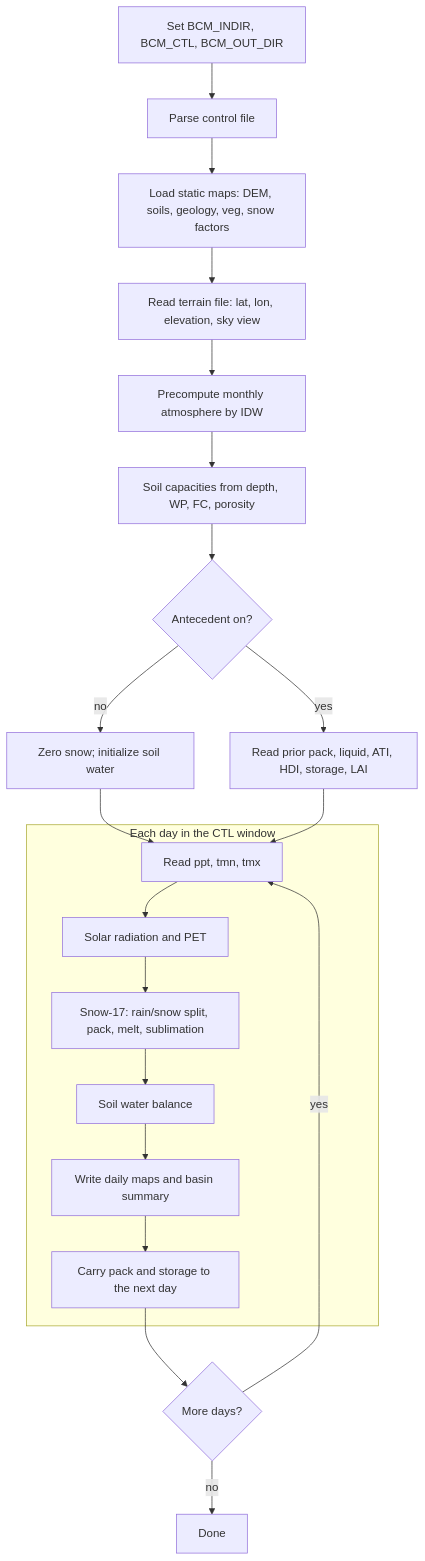
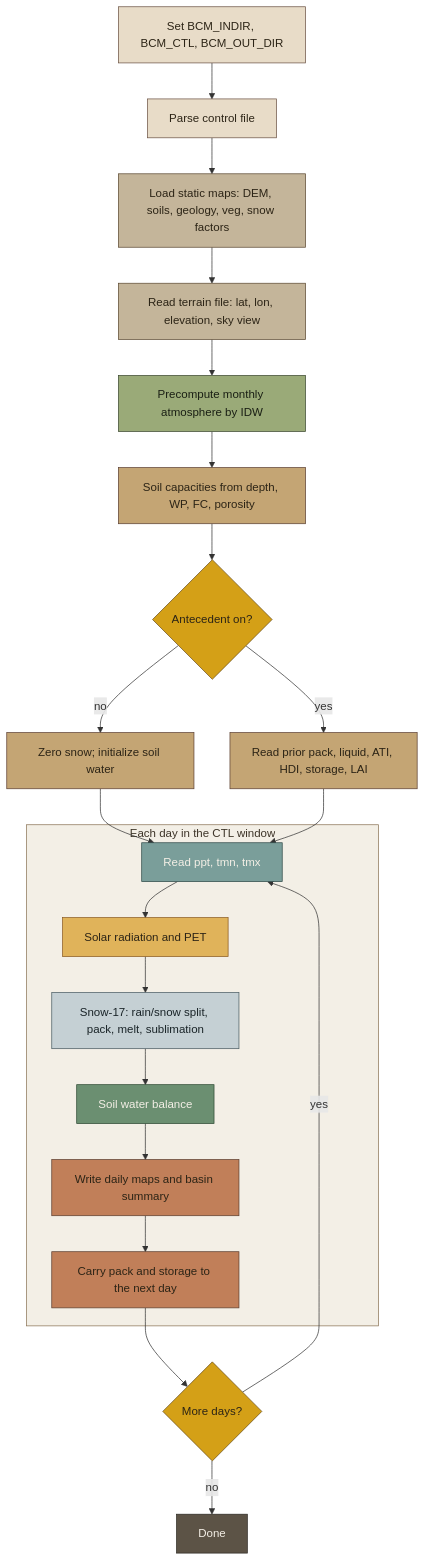
Before and after one commit to ajoros/bcm-py-daily: the diagram in README.md, drawn with Mermaid.

Commit message:
Use earth tones on the How it works flowchart.

````diff
--- a/README.md
+++ b/README.md
@@ -73,25 +73,50 @@
 ```mermaid
 flowchart TD
   start[Set BCM_INDIR, BCM_CTL, BCM_OUT_DIR] --> ctl[Parse control file]
   ctl --> static[Load static maps: DEM, soils, geology, veg, snow factors]
   static --> terr[Read terrain file: lat, lon, elevation, sky view]
   terr --> idw[Precompute monthly atmosphere by IDW]
   idw --> soil[Soil capacities from depth, WP, FC, porosity]
   soil --> prior{Antecedent on?}
   prior -->|no| init[Zero snow; initialize soil water]
   prior -->|yes| load[Read prior pack, liquid, ATI, HDI, storage, LAI]
   init --> loop
   load --> loop
 
   subgraph daily [Each day in the CTL window]
     loop[Read ppt, tmn, tmx] --> pet[Solar radiation and PET]
     pet --> snow[Snow-17: rain/snow split, pack, melt, sublimation]
     snow --> wb[Soil water balance]
     wb --> out[Write daily maps and basin summary]
     out --> carry[Carry pack and storage to the next day]
   end
 
   carry --> more{More days?}
   more -->|yes| loop
   more -->|no| done[Done]
+
+  classDef sand fill:#e8dcc8,stroke:#6b5344,color:#2c2416
+  classDef rock fill:#c4b59a,stroke:#5c4a32,color:#2c2416
+  classDef soil fill:#c4a574,stroke:#5c4033,color:#2c2416
+  classDef sage fill:#9aaa78,stroke:#3d4a32,color:#1a1f14
+  classDef ochre fill:#d4a017,stroke:#6b4f1d,color:#2c2416
+  classDef rain fill:#7a9e9a,stroke:#2f4a48,color:#f4efe6
+  classDef sun fill:#e0b35a,stroke:#8a5a20,color:#2c2416
+  classDef snowc fill:#c5d0d4,stroke:#4a5c62,color:#1a2428
+  classDef moss fill:#6b8f71,stroke:#2f4a34,color:#f4efe6
+  classDef clay fill:#c17f59,stroke:#5c3d2e,color:#2c2416
+  classDef bark fill:#5c5346,stroke:#2c2822,color:#f4efe6
+
+  class start,ctl sand
+  class static,terr rock
+  class idw sage
+  class soil,init,load soil
+  class prior,more ochre
+  class loop rain
+  class pet sun
+  class snow snowc
+  class wb moss
+  class out,carry clay
+  class done bark
+  style daily fill:#f3efe6,stroke:#8a7355,color:#3d3428
 ```
````
